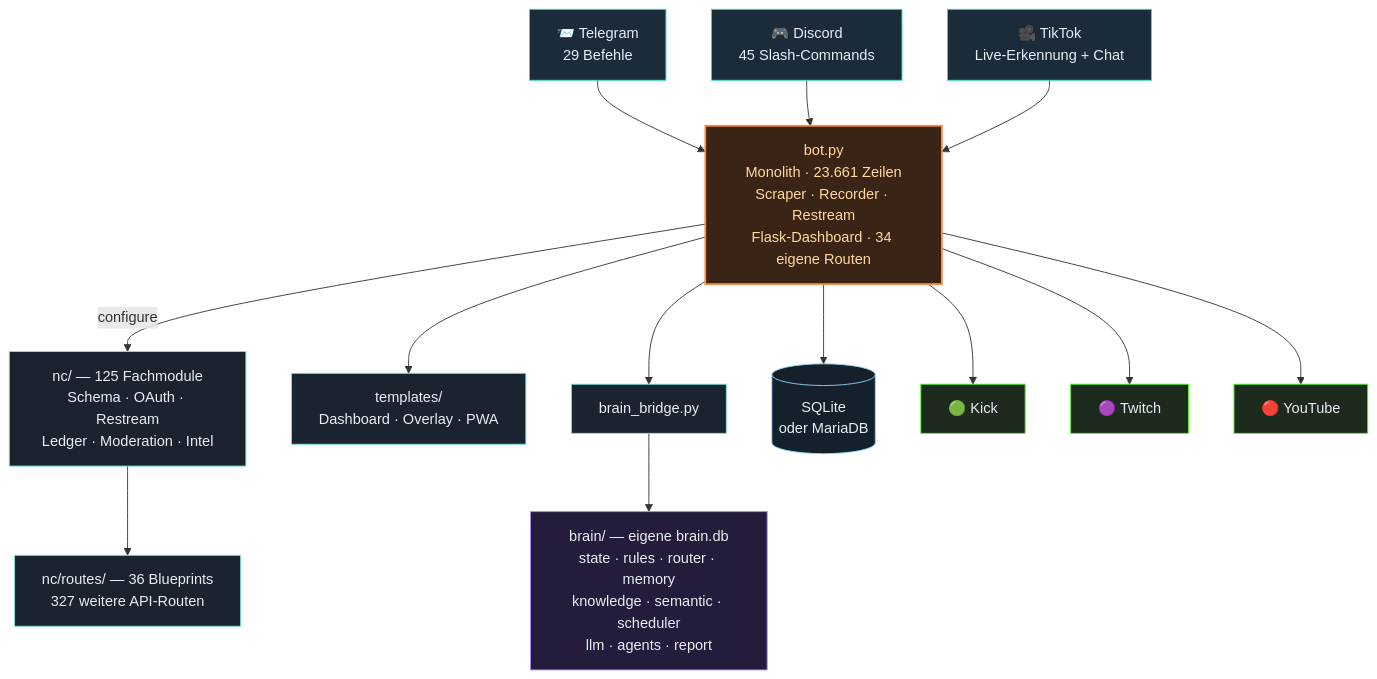
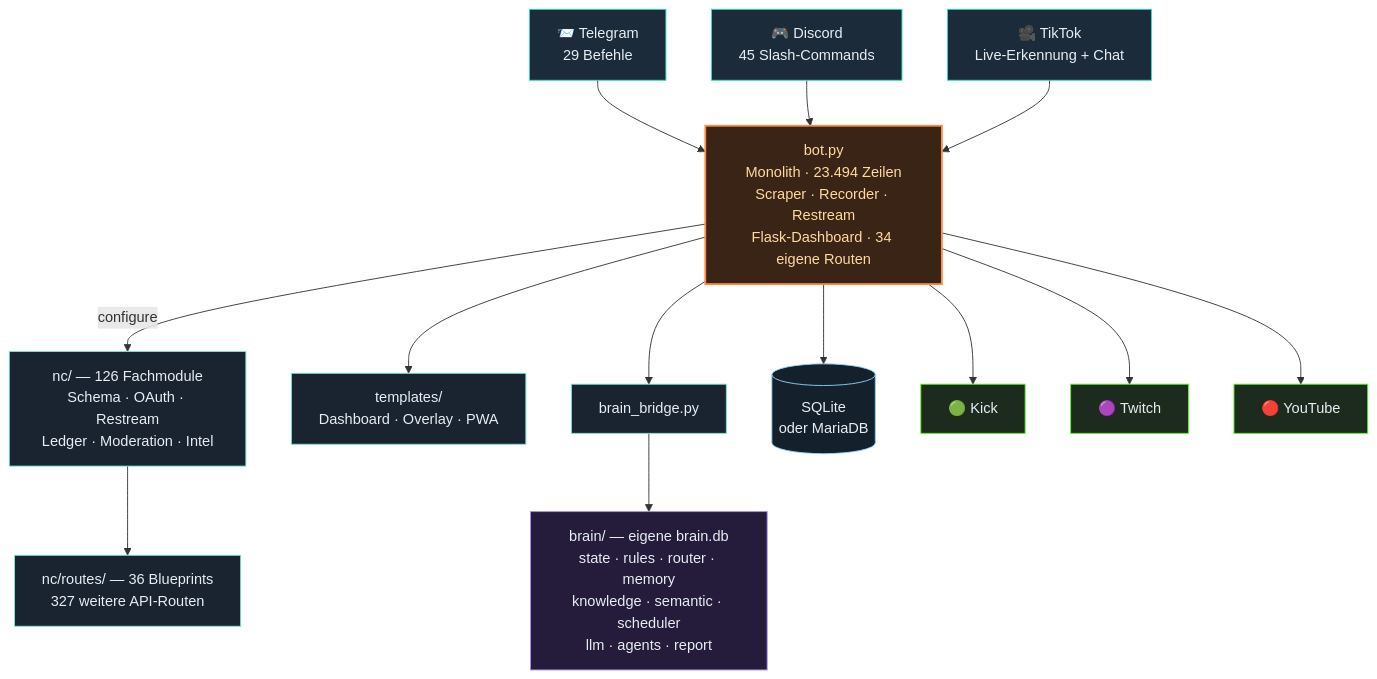
The third of 4 diagrams in README.md (itsamemedev/Telegram-Stream-Info-Bot), drawn with Mermaid before and after one commit. The commit also changed other lines of this file and 9 other files, not shown here.

````diff
--- a/README.md
+++ b/README.md
@@ -189,30 +189,30 @@
 ```mermaid
 flowchart TB
     TG["📨 Telegram<br/>29 Befehle"]:::ein
     DC["🎮 Discord<br/>45 Slash-Commands"]:::ein
     TT["🎥 TikTok<br/>Live-Erkennung + Chat"]:::ein
 
     TG --> BOT
     DC --> BOT
     TT --> BOT
 
-    BOT["bot.py<br/>Monolith · 23.661 Zeilen<br/>Scraper · Recorder · Restream<br/>Flask-Dashboard · 34 eigene Routen"]:::core
+    BOT["bot.py<br/>Monolith · 23.494 Zeilen<br/>Scraper · Recorder · Restream<br/>Flask-Dashboard · 34 eigene Routen"]:::core
 
-    BOT -->|configure| NC["nc/ — 125 Fachmodule<br/>Schema · OAuth · Restream<br/>Ledger · Moderation · Intel"]:::lib
+    BOT -->|configure| NC["nc/ — 126 Fachmodule<br/>Schema · OAuth · Restream<br/>Ledger · Moderation · Intel"]:::lib
     NC --> RT["nc/routes/ — 36 Blueprints<br/>327 weitere API-Routen"]:::lib
     BOT --> TPL["templates/<br/>Dashboard · Overlay · PWA"]:::lib
     BOT --> BR["brain_bridge.py"]:::lib
     BR --> BRAIN["brain/ — eigene brain.db<br/>state · rules · router · memory<br/>knowledge · semantic · scheduler<br/>llm · agents · report"]:::brain
     BOT --> DB[("SQLite<br/>oder MariaDB")]:::db
 
     BOT --> KICK["🟢 Kick"]:::out
     BOT --> TW["🟣 Twitch"]:::out
     BOT --> YT["🔴 YouTube"]:::out
 
     classDef ein fill:#1c2b3a,stroke:#2de1c2,color:#e6edf3
     classDef core fill:#3a2415,stroke:#ff8c42,stroke-width:2px,color:#ffd9a0
     classDef lib fill:#1a2430,stroke:#7fe7d4,color:#e6edf3
     classDef brain fill:#241c3a,stroke:#a78bfa,color:#e6edf3
     classDef db fill:#14202c,stroke:#8fd3f4,color:#e6edf3
     classDef out fill:#1c2b1e,stroke:#53fc18,color:#e6edf3
 ```
````
